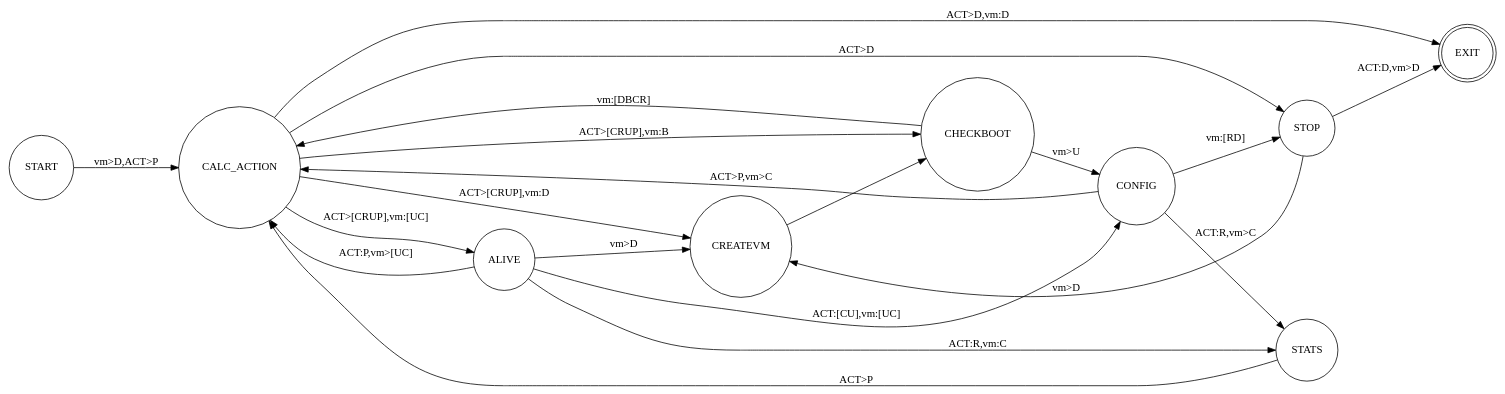
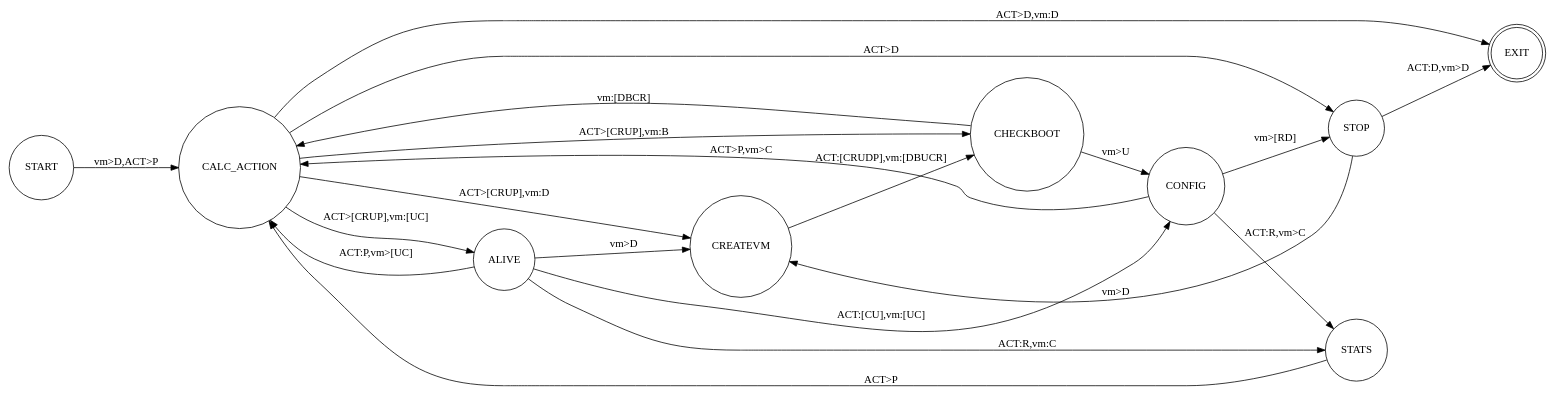
One commit to openstack-archive/astara changed the diagram in doc/source/state_machine.dot. Above: the diagram before and after it, drawn with Graphviz. The commit also changed 1 other file, not shown here.

```diff
--- a/doc/source/state_machine.dot
+++ b/doc/source/state_machine.dot
@@ -1,33 +1,33 @@
 digraph rug {
   rankdir=LR;
   node [shape = doublecircle]; EXIT;
   node [shape = circle];
 
   START -> CALC_ACTION [ label = "vm>D,ACT>P" ];
 
   CALC_ACTION -> ALIVE [ label = "ACT>[CRUP],vm:[UC]" ];
   CALC_ACTION -> EXIT [ label = "ACT>D,vm:D" ];
   CALC_ACTION -> STOP [ label = "ACT>D" ];
   CALC_ACTION -> CREATEVM [ label = "ACT>[CRUP],vm:D" ];
   CALC_ACTION -> CHECKBOOT [ label = "ACT>[CRUP],vm:B" ];
 
   ALIVE -> CREATEVM [ label = "vm>D" ];
   ALIVE -> CONFIG [ label = "ACT:[CU],vm:[UC]" ];
   ALIVE -> STATS [ label = "ACT:R,vm:C" ];
   ALIVE -> CALC_ACTION [ label = "ACT:P,vm>[UC]" ];
 
-  CREATEVM -> CHECKBOOT
+  CREATEVM -> CHECKBOOT [ label = "ACT:[CRUDP],vm:[DBUCR]" ];
 
   CHECKBOOT -> CONFIG [ label = "vm>U" ]
   CHECKBOOT -> CALC_ACTION [ label = "vm:[DBCR]" ]
 
-  CONFIG -> STOP [ label = "vm:[RD]" ];
+  CONFIG -> STOP [ label = "vm>[RD]" ];
   CONFIG -> STATS [ label = "ACT:R,vm>C" ];
   CONFIG -> CALC_ACTION [ label = "ACT>P,vm>C" ];
 
   STATS -> CALC_ACTION [ label = "ACT>P" ];
 
   STOP -> EXIT [ label = "ACT:D,vm>D" ];
   STOP -> CREATEVM [ label = "vm>D" ];
 
 }
```
